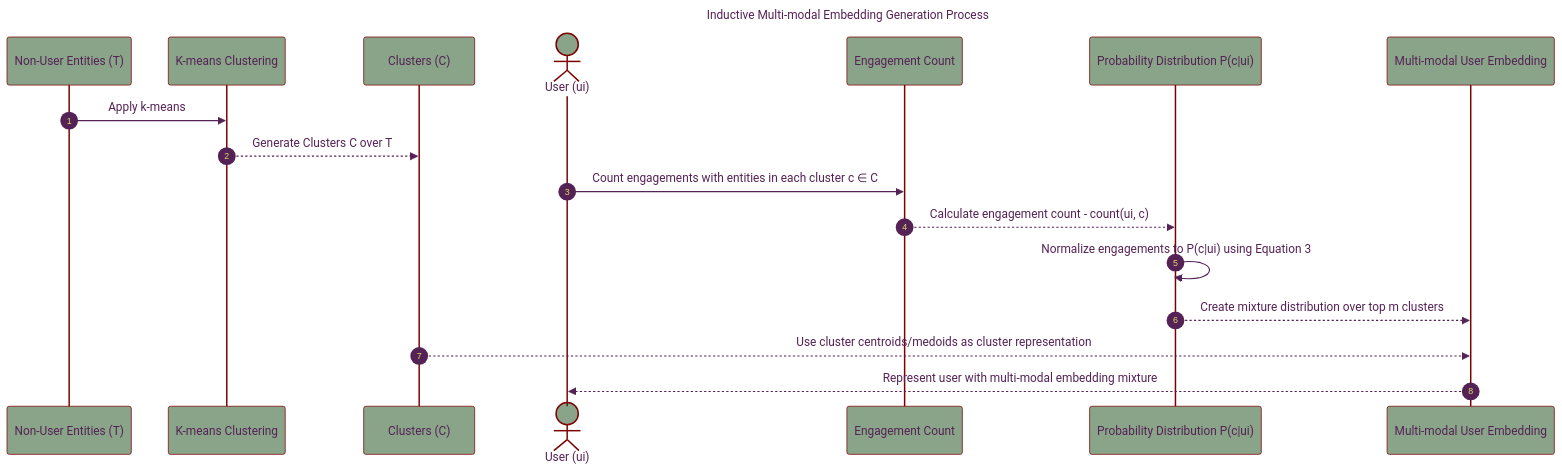
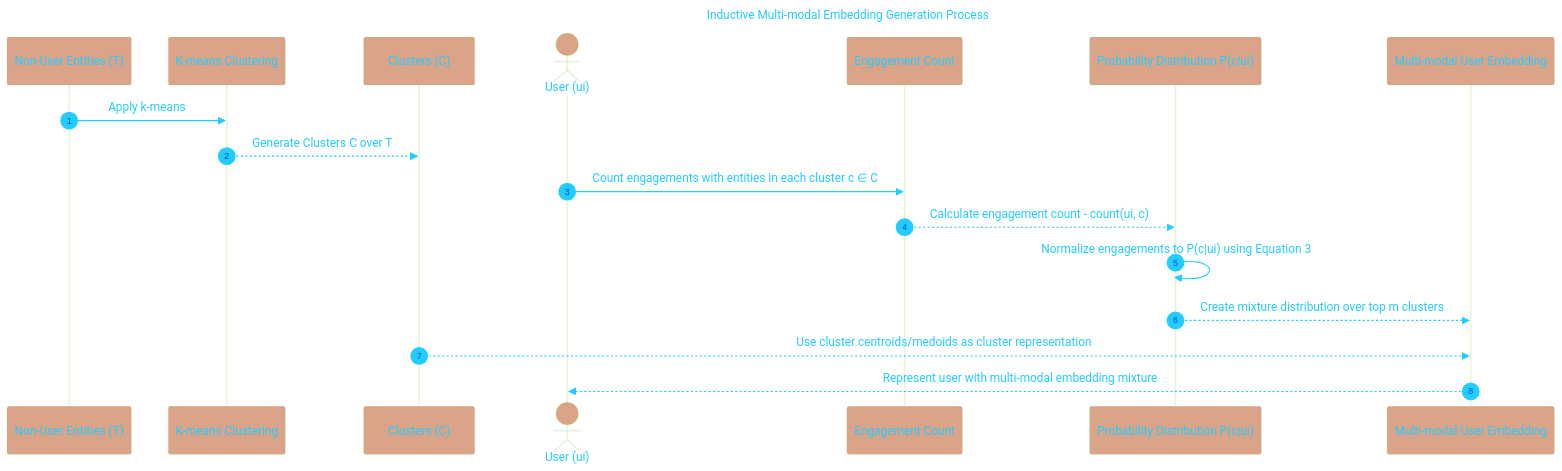
Before and after one commit to CongLeSolutionX/AlgoVerse: the fourth of 6 diagrams in X/TwHIN_Drarft_1.md, drawn with Mermaid.

Commit message:
update notes

````diff
--- a/X/TwHIN_Drarft_1.md
+++ b/X/TwHIN_Drarft_1.md
@@ -302,42 +302,43 @@
 ```mermaid
 ---
 title: "Inductive Multi-modal Embedding Generation Process"
 config:
   theme: base
 ---
 %%%%%%%% Mermaid version v11.4.1-b.14
 %%%%%%%% Available curve styles include the following keywords:
 %% basis, bumpX, bumpY, cardinal, catmullRom, linear, monotoneX, monotoneY, natural, step, stepAfter, stepBefore.
 %%{
   init: {
-    "sequenceDiagram": { "htmlLabels": false, 'curve': 'linear' },
-    'fontFamily': 'Fantasy',
+    "sequenceDiagram": { "htmlLabels": false},
+    'fontFamily': 'verdana',
     'themeVariables': {
-      'primaryColor': '#2528',
-      'primaryTextColor': '#525',
-      'primaryBorderColor': '#7C0000',
-      'lineColor': '#229',
-      'secondaryColor': '#006100'
+      'primaryColor': '#B528',
+      'primaryTextColor': '#2cf',
+      'primaryBorderColor': '#7C33',
+      'lineColor': '#F8B229',
+      'secondaryColor': '#0610',
+      'tertiaryColor': '#fff'
     }
   }
 }%%
 sequenceDiagram
 	autonumber
     participant Non-User Entities (T)
     participant K-means Clustering
     participant Clusters (C)
     actor User (ui)
     participant Engagement Count
     participant Probability Distribution P(c|ui)
     participant Multi-modal User Embedding
 
     Non-User Entities (T)->>K-means Clustering: Apply k-means
     K-means Clustering-->>Clusters (C): Generate Clusters C over T
     User (ui)->>Engagement Count: Count engagements with entities in each cluster c ∈ C
     Engagement Count-->>Probability Distribution P(c|ui): Calculate engagement count - count(ui, c)
     Probability Distribution P(c|ui) ->> Probability Distribution P(c|ui): Normalize engagements to P(c|ui) using Equation 3
     Probability Distribution P(c|ui) -->> Multi-modal User Embedding: Create mixture distribution over top m clusters
     Clusters (C) -->> Multi-modal User Embedding: Use cluster centroids/medoids as cluster representation
     Multi-modal User Embedding-->>User (ui): Represent user with multi-modal embedding mixture
 
 ```
````
